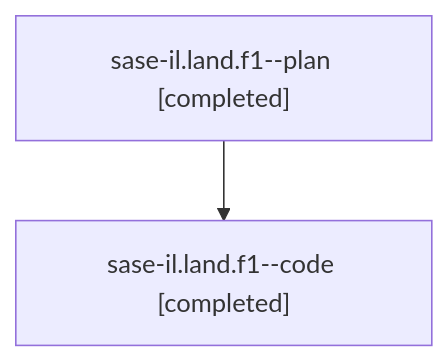
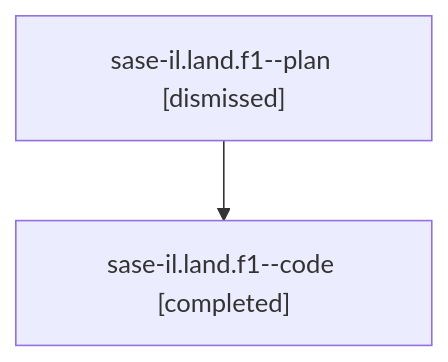
The diagram in families/bbugyi200.athena.sase-il.land.f1.md (sase-org/sase--agents), drawn with Mermaid before and after one commit. The commit also changed other lines of this file and 1973 other files, not shown here.

````diff
--- a/families/bbugyi200.athena.sase-il.land.f1.md
+++ b/families/bbugyi200.athena.sase-il.land.f1.md
@@ -9,6 +9,6 @@
 ```mermaid
 flowchart TD
-  n0["sase-il.land.f1--plan [completed]"]
+  n0["sase-il.land.f1--plan [dismissed]"]
   n1["sase-il.land.f1--code [completed]"]
   n0 --> n1
 ```
````
